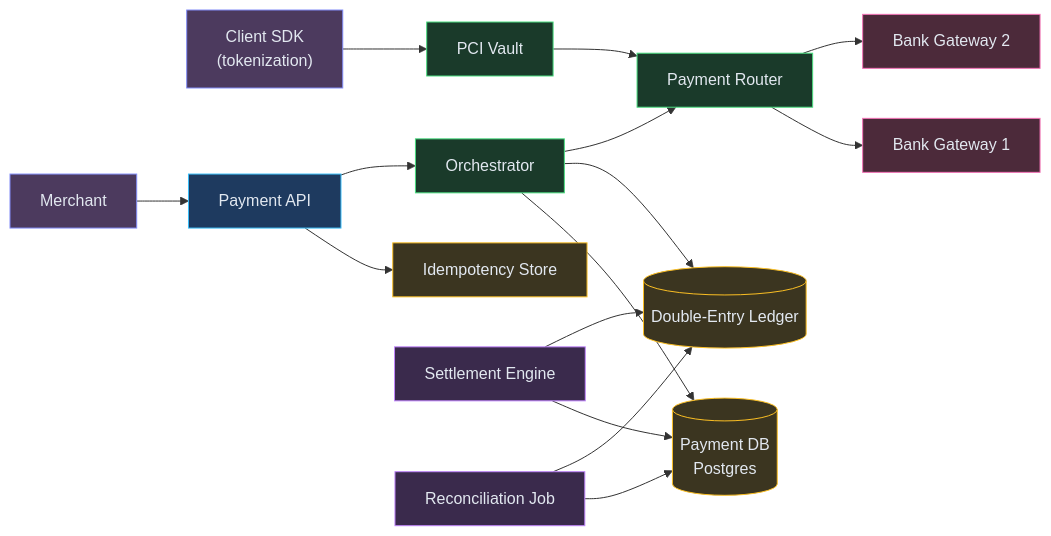
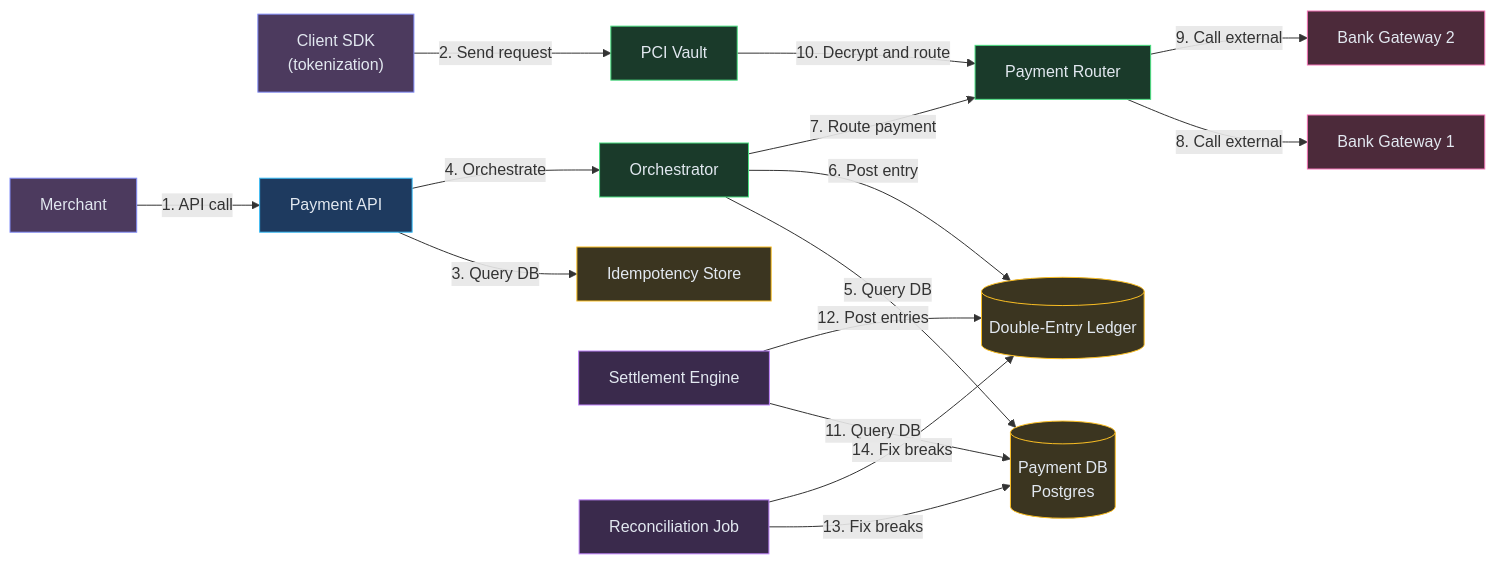
One commit to iluzn/HLD-Designs changed the sixth of 6 diagrams in content/hld/PaymentSystem.md. Above: the diagram before and after it, drawn with Mermaid. The commit also changed other lines of this file and 27 other files, not shown here.

````diff
--- a/content/hld/PaymentSystem.md
+++ b/content/hld/PaymentSystem.md
@@ -392,38 +392,38 @@
 ```mermaid
 flowchart LR
     MERCHANT["Merchant"]:::client
     SDK["Client SDK<br/>(tokenization)"]:::client
     API["Payment API"]:::edge
     IDEMP["Idempotency Store"]:::data
     ORCH["Orchestrator"]:::service
     DB[("Payment DB<br/>Postgres")]:::data
     LEDGER[("Double-Entry Ledger")]:::data
     ROUTER["Payment Router"]:::service
     BANK1["Bank Gateway 1"]:::external
     BANK2["Bank Gateway 2"]:::external
     VAULT["PCI Vault"]:::service
     SETTLE["Settlement Engine"]:::async
     RECON["Reconciliation Job"]:::async
 
-    MERCHANT --> API
-    SDK --> VAULT
-    API --> IDEMP
-    API --> ORCH
-    ORCH --> DB
-    ORCH --> LEDGER
-    ORCH --> ROUTER
-    ROUTER --> BANK1
-    ROUTER --> BANK2
-    VAULT --> ROUTER
-    SETTLE --> DB
-    SETTLE --> LEDGER
-    RECON --> DB
-    RECON --> LEDGER
+    MERCHANT -->|"1. API call"| API
+    SDK -->|"2. Send request"| VAULT
+    API -->|"3. Query DB"| IDEMP
+    API -->|"4. Orchestrate"| ORCH
+    ORCH -->|"5. Query DB"| DB
+    ORCH -->|"6. Post entry"| LEDGER
+    ORCH -->|"7. Route payment"| ROUTER
+    ROUTER -->|"8. Call external"| BANK1
+    ROUTER -->|"9. Call external"| BANK2
+    VAULT -->|"10. Decrypt and route"| ROUTER
+    SETTLE -->|"11. Query DB"| DB
+    SETTLE -->|"12. Post entries"| LEDGER
+    RECON -->|"13. Fix breaks"| DB
+    RECON -->|"14. Fix breaks"| LEDGER
 
     classDef client fill:#4c3a5e,stroke:#818cf8,color:#e2e8f0
     classDef edge fill:#1e3a5f,stroke:#38bdf8,color:#e2e8f0
     classDef service fill:#1a3a2a,stroke:#4ade80,color:#e2e8f0
     classDef data fill:#3b3520,stroke:#fbbf24,color:#e2e8f0
     classDef async fill:#3a2a4c,stroke:#c084fc,color:#e2e8f0
     classDef external fill:#4c2a3a,stroke:#f472b6,color:#e2e8f0
 ```
````
